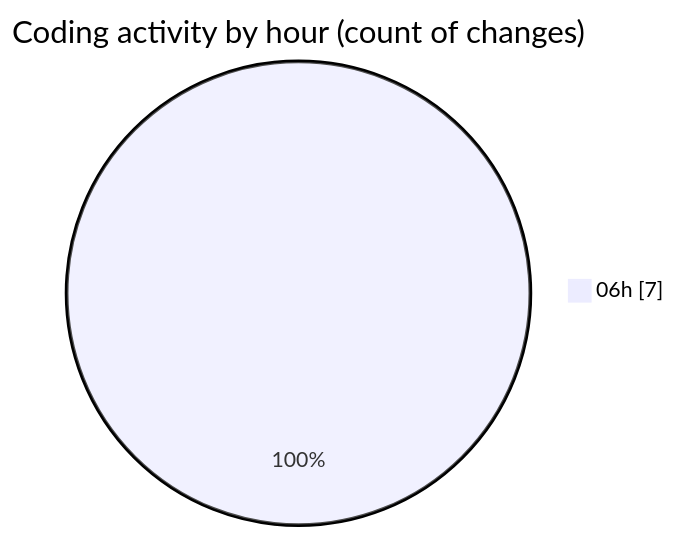
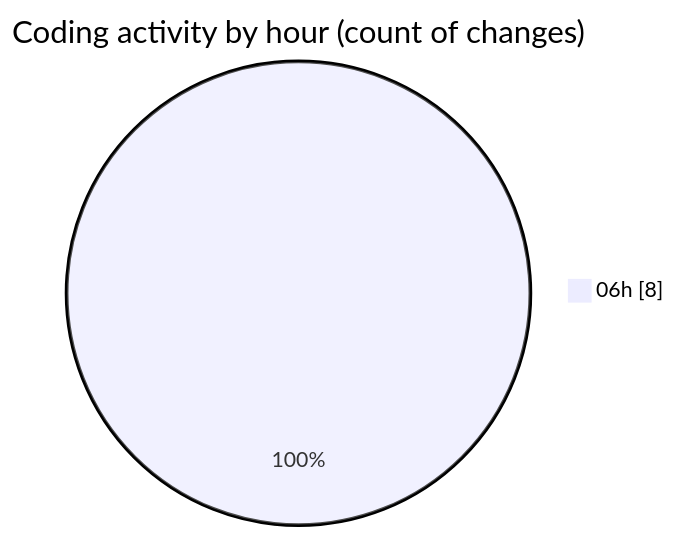
One commit to IJAZ3593/code-tracking changed the second of 2 diagrams in 2025-10-25/ai/README.md. Above: the diagram before and after it, drawn with Mermaid. The commit also changed other lines of this file and 1 other file, not shown here.

````diff
--- a/2025-10-25/ai/README.md
+++ b/2025-10-25/ai/README.md
@@ -33,5 +33,5 @@
 ```mermaid
 pie showData
 title Coding activity by hour (count of changes)
-"06h" : 7
+"06h" : 8
 ```
````
